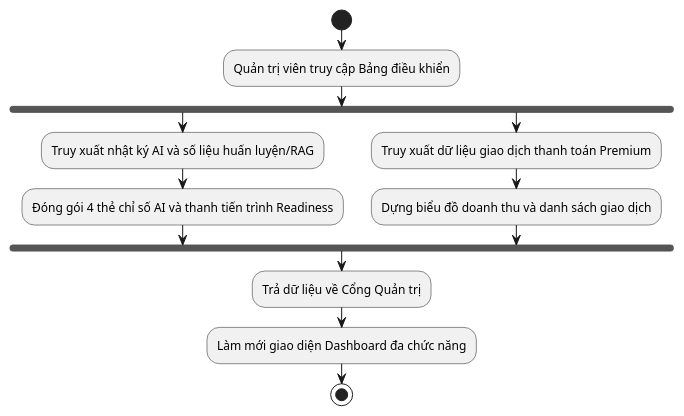
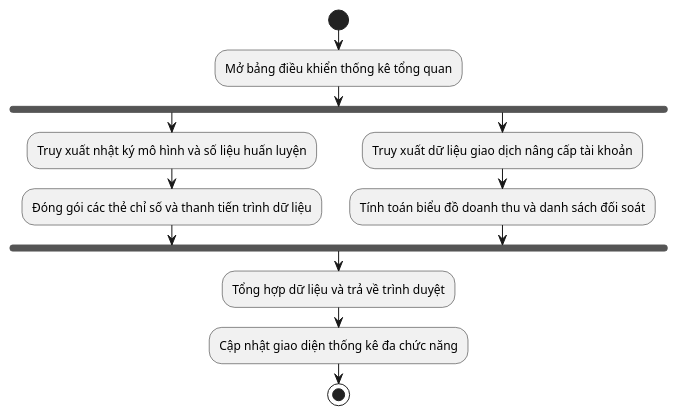
Diagram 17 of 28 in Luan_van_Hoan_chinh.md (maikhang160504/spending-diary), drawn with PlantUML before and after one commit. The commit also changed other lines of this file and 72 other files, not shown here.

````diff
--- a/Luan_van_Hoan_chinh.md
+++ b/Luan_van_Hoan_chinh.md
@@ -1134,16 +1202,16 @@
 ```plantuml
 @startuml
 start
-:Quản trị viên truy cập Bảng điều khiển;
+:Mở bảng điều khiển thống kê tổng quan;
 fork
-  :Truy xuất nhật ký AI và số liệu huấn luyện/RAG;
-  :Đóng gói 4 thẻ chỉ số AI và thanh tiến trình Readiness;
+  :Truy xuất nhật ký mô hình và số liệu huấn luyện;
+  :Đóng gói các thẻ chỉ số và thanh tiến trình dữ liệu;
 fork again
-  :Truy xuất dữ liệu giao dịch thanh toán Premium;
-  :Dựng biểu đồ doanh thu và danh sách giao dịch;
+  :Truy xuất dữ liệu giao dịch nâng cấp tài khoản;
+  :Tính toán biểu đồ doanh thu và danh sách đối soát;
 end fork
-:Trả dữ liệu về Cổng Quản trị;
-:Làm mới giao diện Dashboard đa chức năng;
+:Tổng hợp dữ liệu và trả về trình duyệt;
+:Cập nhật giao diện thống kê đa chức năng;
 stop
 @enduml
 ```
````
